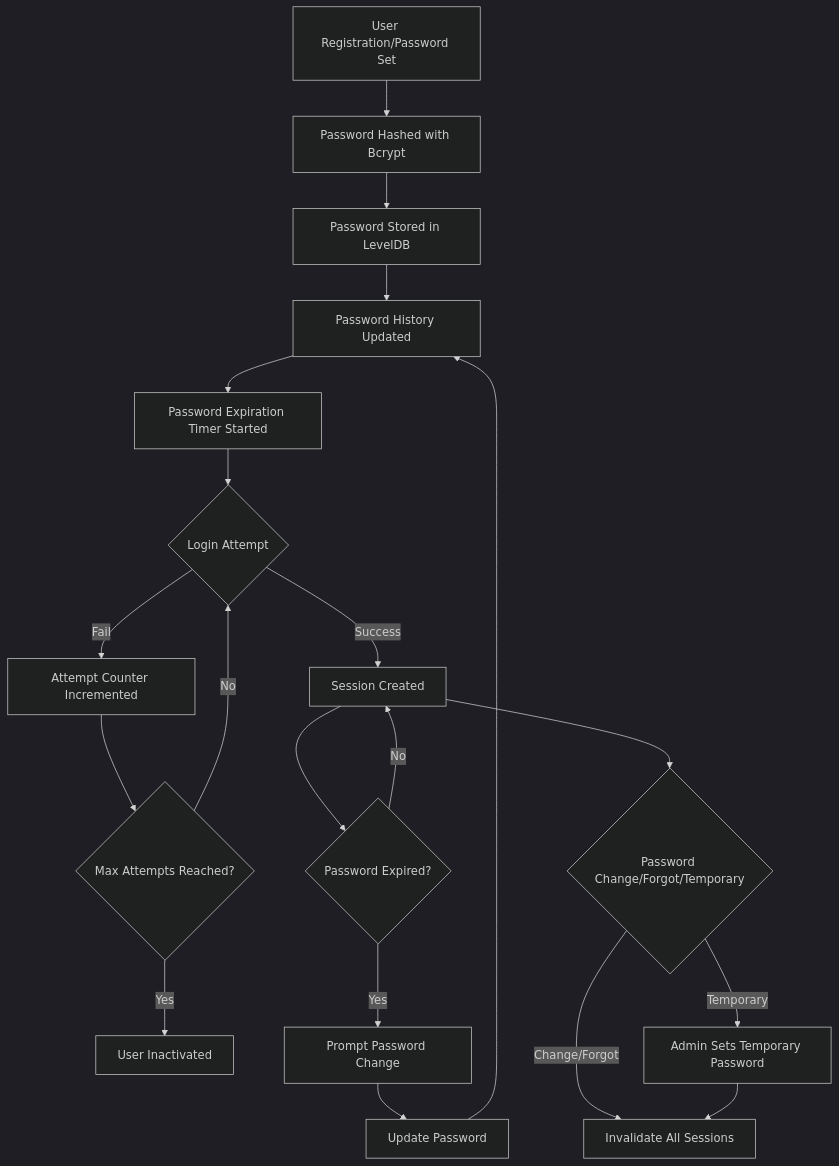
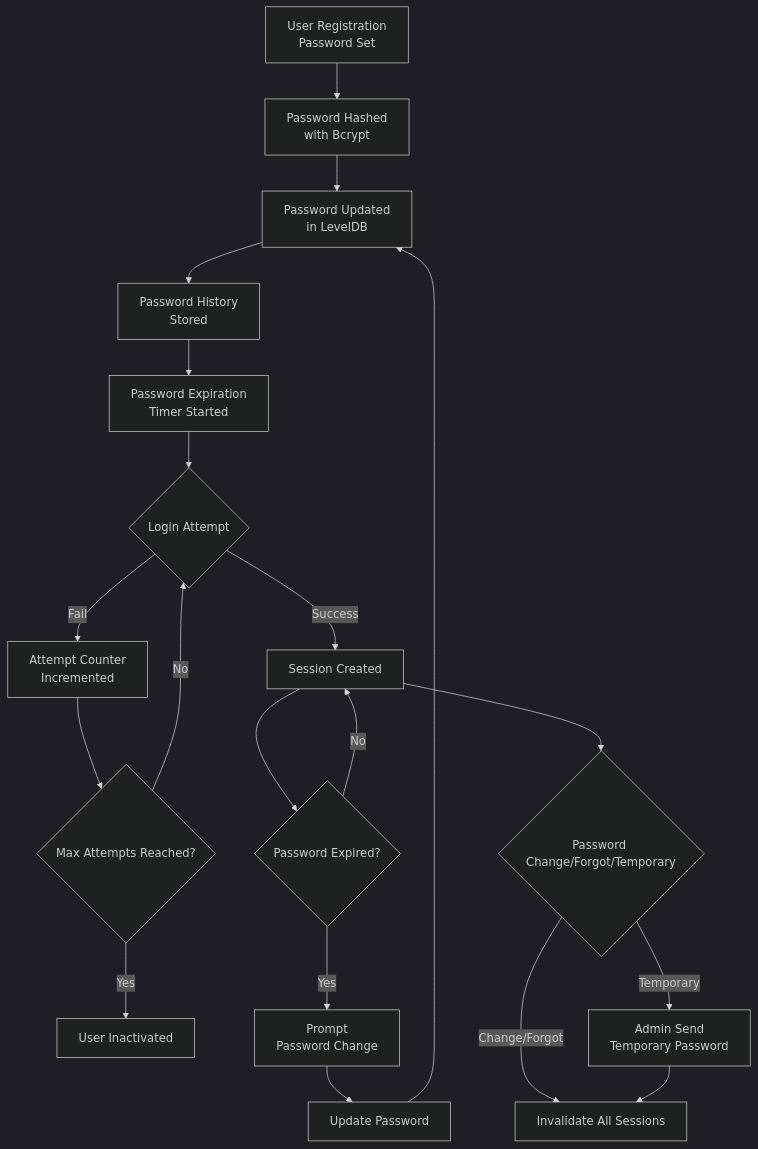
Before and after one commit to andrechristikan/ack-nestjs-boilerplate: the first of 8 diagrams in docs/authentication.md, drawn with Mermaid (dark theme). The commit also changed other lines of this file and 22 other files, not shown here.

````diff
--- a/docs/authentication.md
+++ b/docs/authentication.md
@@ -126,22 +132,22 @@
 ```mermaid
 graph TD
-    A[User Registration/Password Set] --> B[Password Hashed with Bcrypt]
-    B --> C[Password Stored in LevelDB]
-    C --> D[Password History Updated]
-    D --> E[Password Expiration Timer Started]
+    A[User Registration<br/>Password Set] --> B[Password Hashed<br/>with Bcrypt]
+    B --> C[Password Updated<br/>in LevelDB]
+    C --> D[Password History<br/>Stored]
+    D --> E[Password Expiration<br/>Timer Started]
     E --> F{Login Attempt}
     F -->|Success| G[Session Created]
-    F -->|Fail| H[Attempt Counter Incremented]
+    F -->|Fail| H[Attempt Counter<br/>Incremented]
     H --> I{Max Attempts Reached?}
     I -->|No| F
     I -->|Yes| J[User Inactivated]
     G --> K{Password Expired?}
     K -->|No| G
-    K -->|Yes| L[Prompt Password Change]
+    K -->|Yes| L[Prompt<br/>Password Change]
     L --> M[Update Password]
-    M --> D
-    G --> N{Password Change/Forgot/Temporary}
+    M --> C
+    G --> N{Password <br/>Change/Forgot/Temporary}
     N -->|Change/Forgot| O[Invalidate All Sessions]
-    N -->|Temporary| P[Admin Sets Temporary Password]
+    N -->|Temporary| P[Admin Send<br/>Temporary Password]
     P --> O
 ```
````
